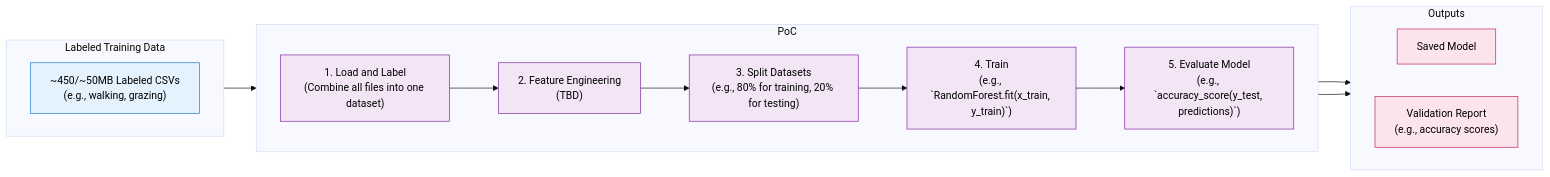
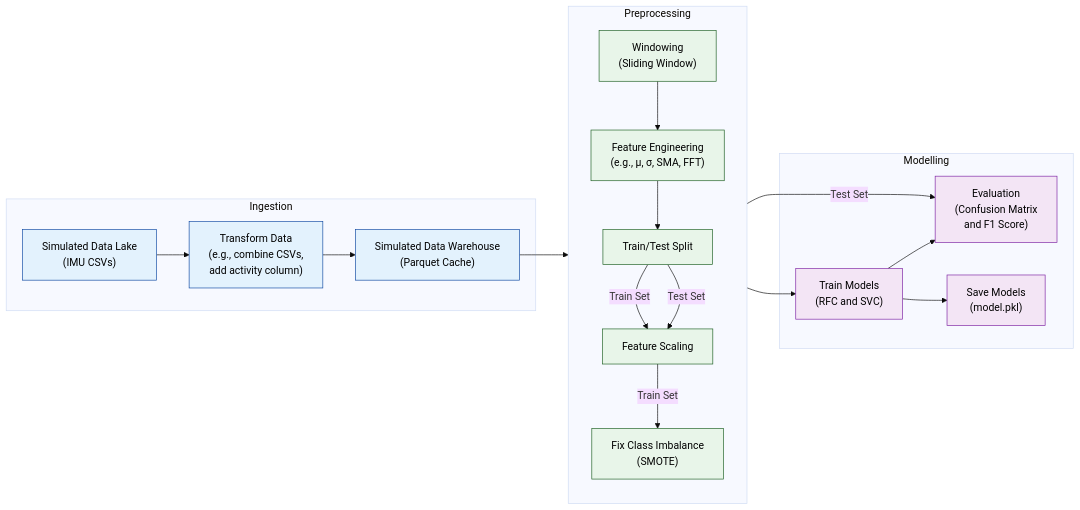
Before and after one commit to aydanthompson/smart-agrifarming-is: the second of 2 diagrams in docs/architecture-diagrams.md, drawn with Mermaid (base theme). The commit also changed other lines of this file, not shown here.

Commit message:
Updated cattle activity pipeline diagram

````diff
--- a/docs/architecture-diagrams.md
+++ b/docs/architecture-diagrams.md
@@ -74,36 +76,44 @@
 ```mermaid
 flowchart LR
-    subgraph input_data["Labeled Training Data"]
-        direction LR
-        csvs["~450/~50MB Labeled CSVs<br>(e.g., walking, grazing)"]
+    subgraph ingestion["Ingestion"]
+        data_lake["Simulated Data Lake<br>(IMU CSVs)"]
+        combine["Transform Data<br>(e.g., combine CSVs,<br>add activity column)"]
+        cache["Simulated Data Warehouse<br>(Parquet Cache)"]
     end
 
-    subgraph jupyter["PoC"]
-        direction LR
-        load["1. Load and Label<br>(Combine all files into one dataset)"]
-        feature_eng["2. Feature Engineering<br>(TBD)"]
-        split["3. Split Datasets<br>(e.g., 80% for training, 20% for testing)"]
-        model_train["4. Train<br/>(e.g., `RandomForest.fit(x_train, y_train)`)"]
-        model_eval["5. Evaluate Model<br>(e.g., `accuracy_score(y_test, predictions)`)"]
-
-        load --> feature_eng --> split --> model_train --> model_eval
+    subgraph preprocessing["Preprocessing"]
+        direction TB
+        windowing["Windowing<br>(Sliding Window)"]
+        features["Feature Engineering<br>(e.g., μ, σ, SMA, FFT)"]
+        scaling["Feature Scaling"]
+        test_train_split["Train/Test Split"]
+        smote["Fix Class Imbalance<br>(SMOTE)"]
     end
 
-    subgraph output["Outputs"]
-        direction LR
-        model["Saved Model"]
-        report["Validation Report<br>(e.g., accuracy scores)"]
+    subgraph model["Modelling"]
+        train["Train Models<br>(RFC and SVC)"]
+        evaluation["Evaluation<br>(Confusion Matrix<br>and F1 Score)"]
+        output["Save Models<br>(model.pkl)"]
     end
 
-    csvs --> load
-    model_eval --> model
-    model_eval --> report
+    data_lake --> combine
+    combine --> cache
+    cache --> windowing
+    windowing --> features
+    features --> test_train_split
+    test_train_split -->|"Train Set"| scaling
+    test_train_split -->|"Test Set"| scaling
+    scaling -->|"Train Set"| smote
+    smote --> train
+    train --> evaluation
+    scaling -->|"Test Set"| evaluation
+    train --> output
 
-    classDef data fill:#e3f2fd,stroke:#1976d2,color:#000
-    classDef process fill:#f3e5f5,stroke:#7b1fa2,color:#000
-    classDef output fill:#fce4ec,stroke:#c2185b,color:#000
+    classDef dataStyle fill:#e3f2fd,stroke:#0d47a1,color:#000
+    classDef processStyle fill:#e8f5e9,stroke:#1b5e20,color:#000
+    classDef modelStyle fill:#f3e5f5,stroke:#7b1fa2,color:#000
 
-    class csvs data
-    class load,feature_eng,split,model_train,model_eval process
-    class model,report output
+    class data_lake,combine,cache dataStyle
+    class windowing,features,test_train_split,smote,scaling processStyle
+    class train,evaluation,output modelStyle
 ```
````
